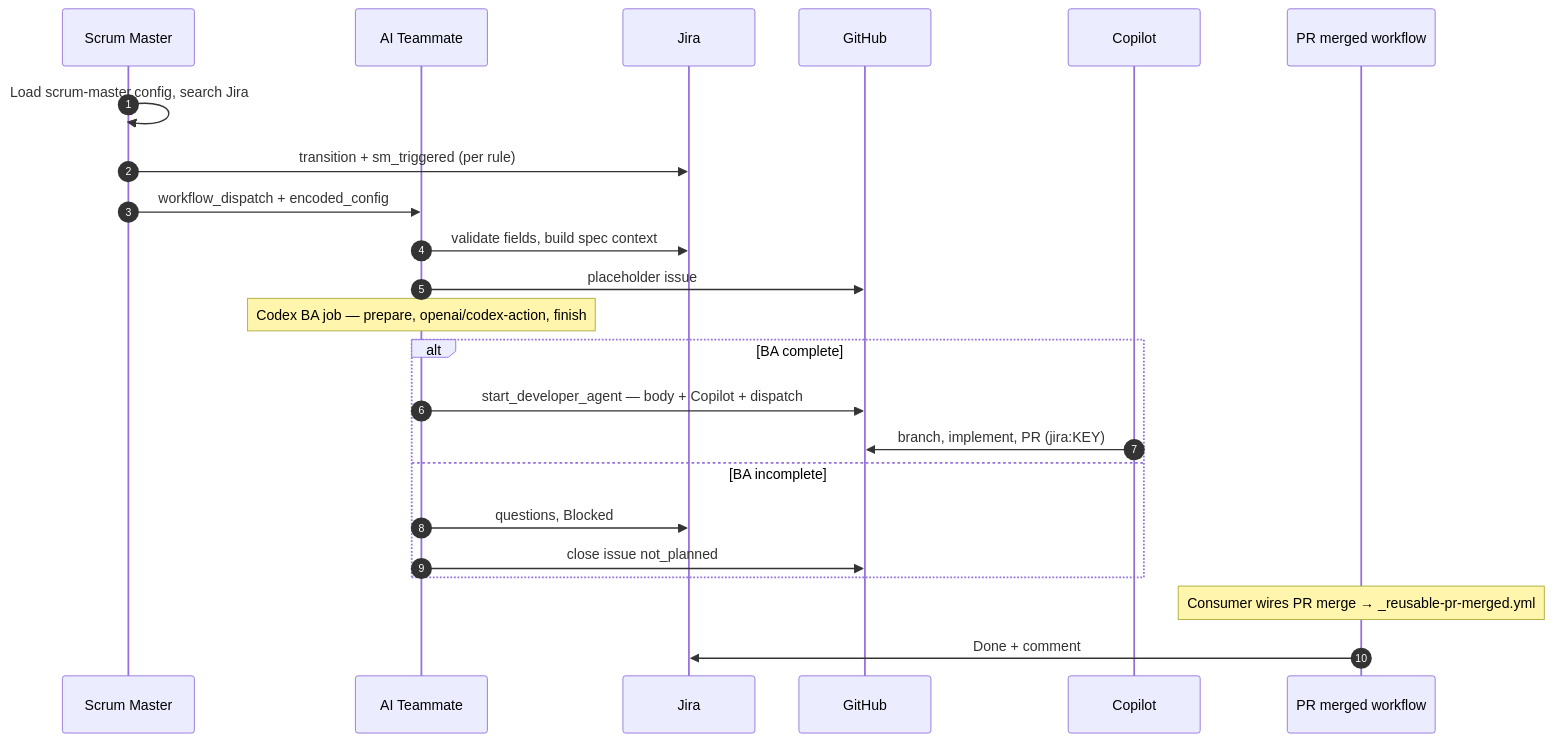
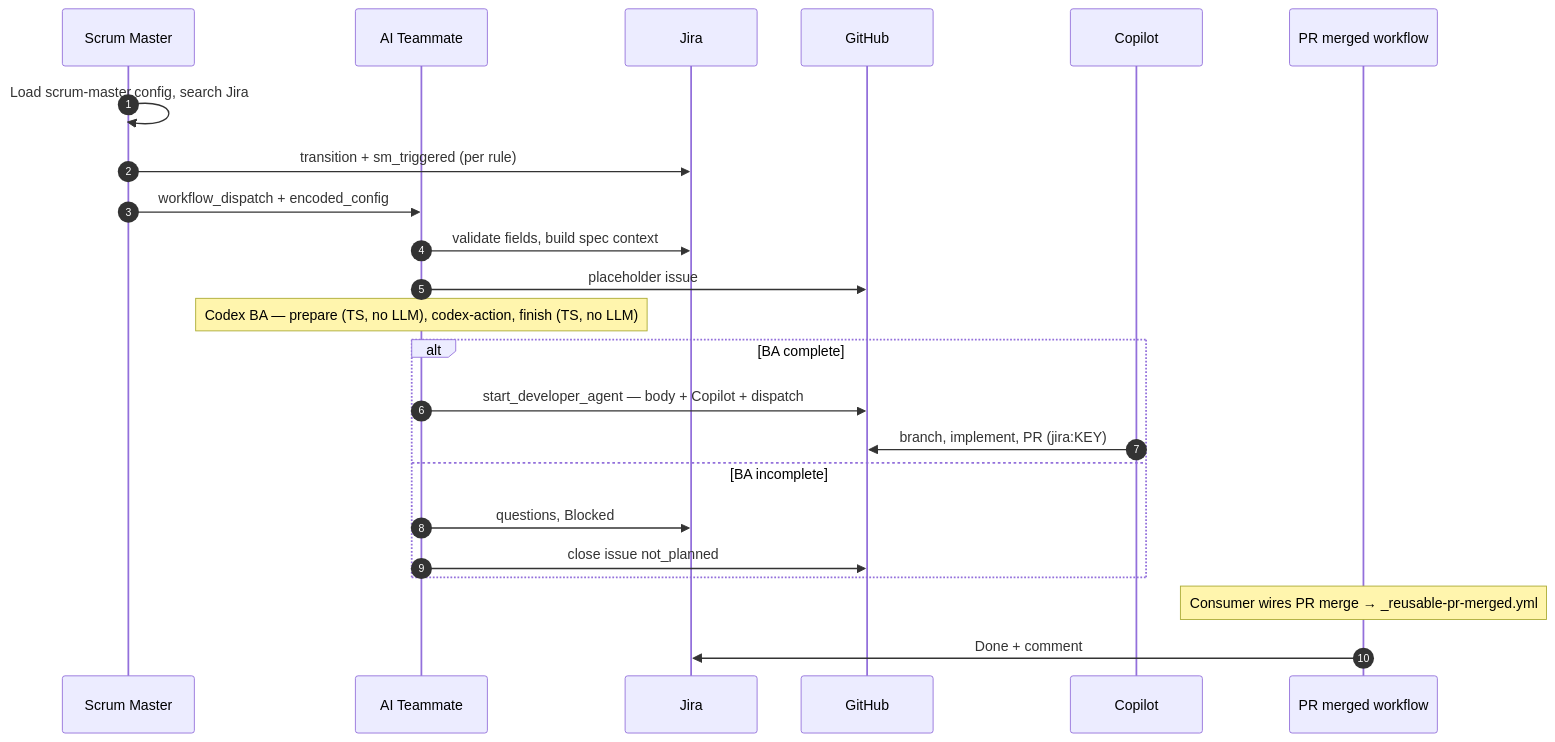
Before and after one commit to DmitryLukyanov/SDLCAgents: the second of 3 diagrams in README.md, drawn with Mermaid. The commit also changed other lines of this file and 17 other files, not shown here.

````diff
--- a/README.md
+++ b/README.md
@@ -138,28 +152,28 @@
 ```mermaid
 sequenceDiagram
     autonumber
     participant SM as Scrum Master
     participant AT as AI Teammate
     participant J as Jira
     participant GH as GitHub
     participant COP as Copilot
     participant PM as PR merged workflow
 
     SM->>SM: Load scrum-master.config, search Jira
     SM->>J: transition + sm_triggered (per rule)
     SM->>AT: workflow_dispatch + encoded_config
 
     AT->>J: validate fields, build spec context
     AT->>GH: placeholder issue
-    Note over AT: Codex BA job — prepare, openai/codex-action, finish
+    Note over AT: Codex BA — prepare (TS, no LLM), codex-action, finish (TS, no LLM)
     alt BA complete
         AT->>GH: start_developer_agent — body + Copilot + dispatch
         COP->>GH: branch, implement, PR (jira:KEY)
     else BA incomplete
         AT->>J: questions, Blocked
         AT->>GH: close issue not_planned
     end
 
     Note over PM: Consumer wires PR merge → _reusable-pr-merged.yml
     PM->>J: Done + comment
 ```
````
